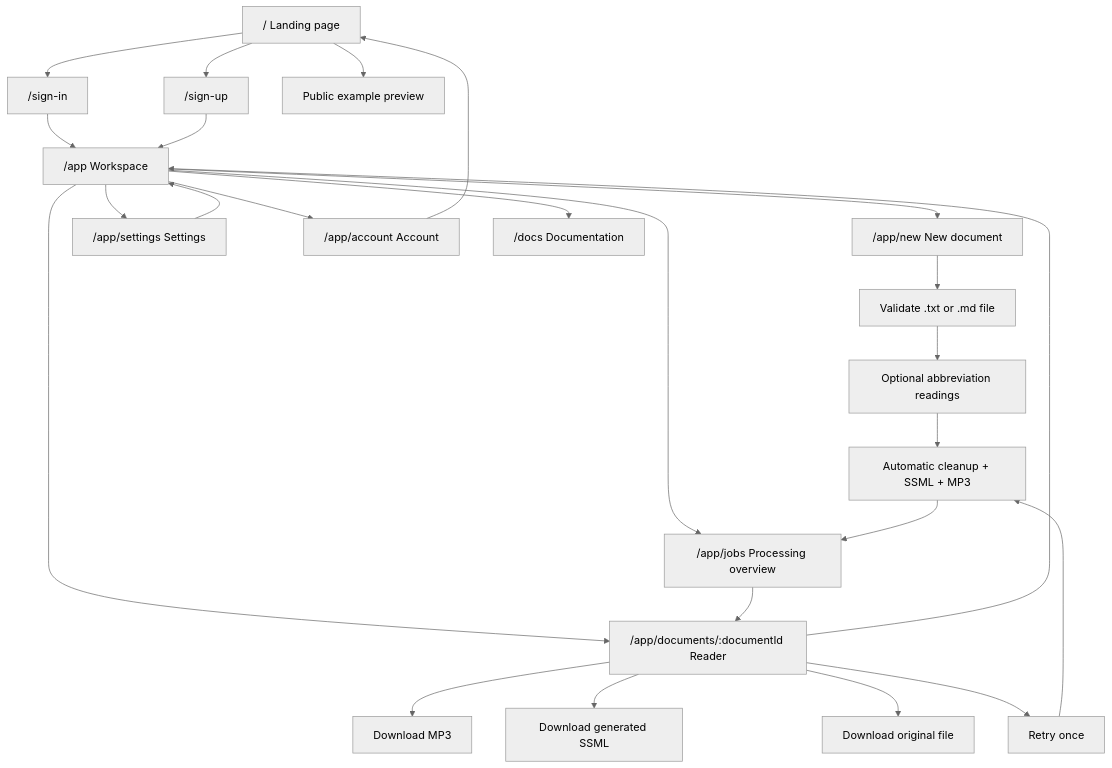
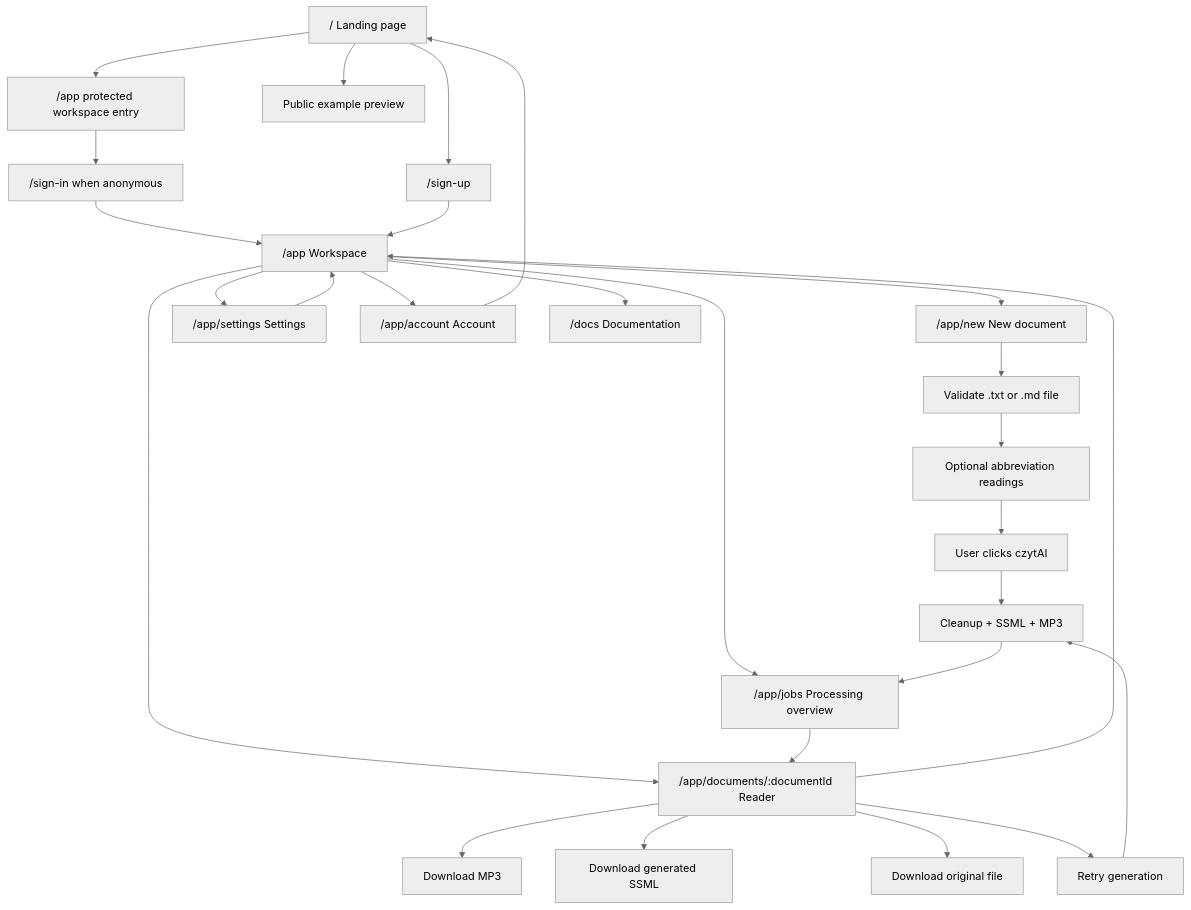
Before and after one commit to szmydlo98/przeczytai.me: the first of 3 diagrams in docs/przeczytajmi-screen-architecture.md, drawn with Mermaid (neutral theme). The commit also changed other lines of this file, not shown here.

Commit message:
Address screen architecture review comments

````diff
--- a/docs/przeczytajmi-screen-architecture.md
+++ b/docs/przeczytajmi-screen-architecture.md
@@ -36,32 +36,34 @@
 ```mermaid
 flowchart TD
-    Landing["/ Landing page"] --> SignIn["/sign-in"]
+    Landing["/ Landing page"] --> AppEntry["/app protected workspace entry"]
+    AppEntry --> SignIn["/sign-in when anonymous"]
     Landing --> SignUp["/sign-up"]
     Landing --> Demo["Public example preview"]
 
     SignIn --> Workspace["/app Workspace"]
     SignUp --> Workspace
 
     Workspace --> NewDoc["/app/new New document"]
     Workspace --> Reader["/app/documents/:documentId Reader"]
     Workspace --> Jobs["/app/jobs Processing overview"]
     Workspace --> Settings["/app/settings Settings"]
     Workspace --> Account["/app/account Account"]
     Workspace --> Docs["/docs Documentation"]
 
     NewDoc --> UploadValidate["Validate .txt or .md file"]
     UploadValidate --> Abbreviations["Optional abbreviation readings"]
-    Abbreviations --> AutoProcess["Automatic cleanup + SSML + MP3"]
+    Abbreviations --> Start["User clicks czytAI"]
+    Start --> AutoProcess["Cleanup + SSML + MP3"]
     AutoProcess --> Jobs
     Jobs --> Reader
 
     Reader --> DownloadMP3["Download MP3"]
     Reader --> DownloadSSML["Download generated SSML"]
     Reader --> DownloadOriginal["Download original file"]
-    Reader --> Retry["Retry once"]
+    Reader --> Retry["Retry generation"]
     Retry --> AutoProcess
     Reader --> Workspace
 
     Settings --> Workspace
     Account --> Landing
 ```
````
